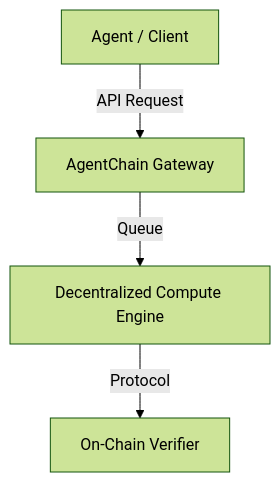
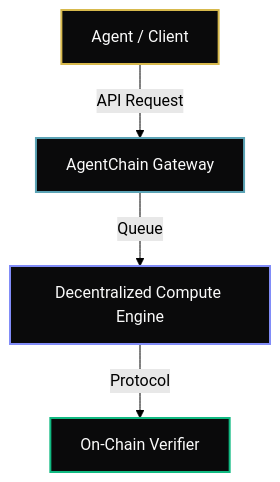
One commit to humbleaf/docs changed the third of 3 diagrams in agentchain/architecture.mdx. Above: the diagram before and after it, drawn with Mermaid (forest theme). The commit also changed other lines of this file and 6 other files, not shown here.

````diff
--- a/agentchain/architecture.mdx
+++ b/agentchain/architecture.mdx
@@ -63,6 +75,11 @@
 ```mermaid
 flowchart TD
     Client[Agent / Client] -->|API Request| Gateway[AgentChain Gateway]
     Gateway -->|Queue| Compute[Decentralized Compute Engine]
     Compute -->|Protocol| Verifier[On-Chain Verifier]
+
+    style Client fill:#0a0a0b,stroke:#d7b94d,stroke-width:2px,color:#fafafa
+    style Gateway fill:#0a0a0b,stroke:#5ba3b5,stroke-width:2px,color:#fafafa
+    style Compute fill:#0a0a0b,stroke:#818cf8,stroke-width:2px,color:#fafafa
+    style Verifier fill:#0a0a0b,stroke:#10B981,stroke-width:2px,color:#fafafa
 ```
````
